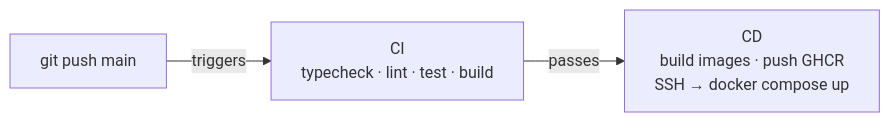
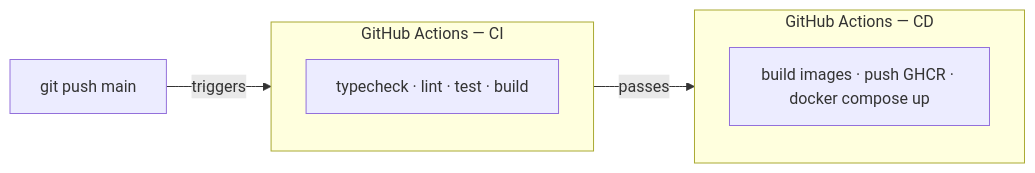
The second of 3 diagrams in readme.md (Ashish-j-shetty/full-stack-ecommerce), drawn with Mermaid before and after one commit. The commit also changed other lines of this file, not shown here.

````diff
--- a/readme.md
+++ b/readme.md
@@ -29,4 +33,11 @@
 ```mermaid
 flowchart LR
-  Push["git push main"] -->|triggers| CI["CI\ntypecheck · lint · test · build"] -->|passes| CD["CD\nbuild images · push GHCR\nSSH → docker compose up"]
+  Push["git push main"] -->|triggers| CI
+  subgraph CI["GitHub Actions — CI"]
+    t["typecheck · lint · test · build"]
+  end
+  subgraph CD["GitHub Actions — CD"]
+    d["build images · push GHCR · docker compose up"]
+  end
+  CI -->|passes| CD
 ```
````
